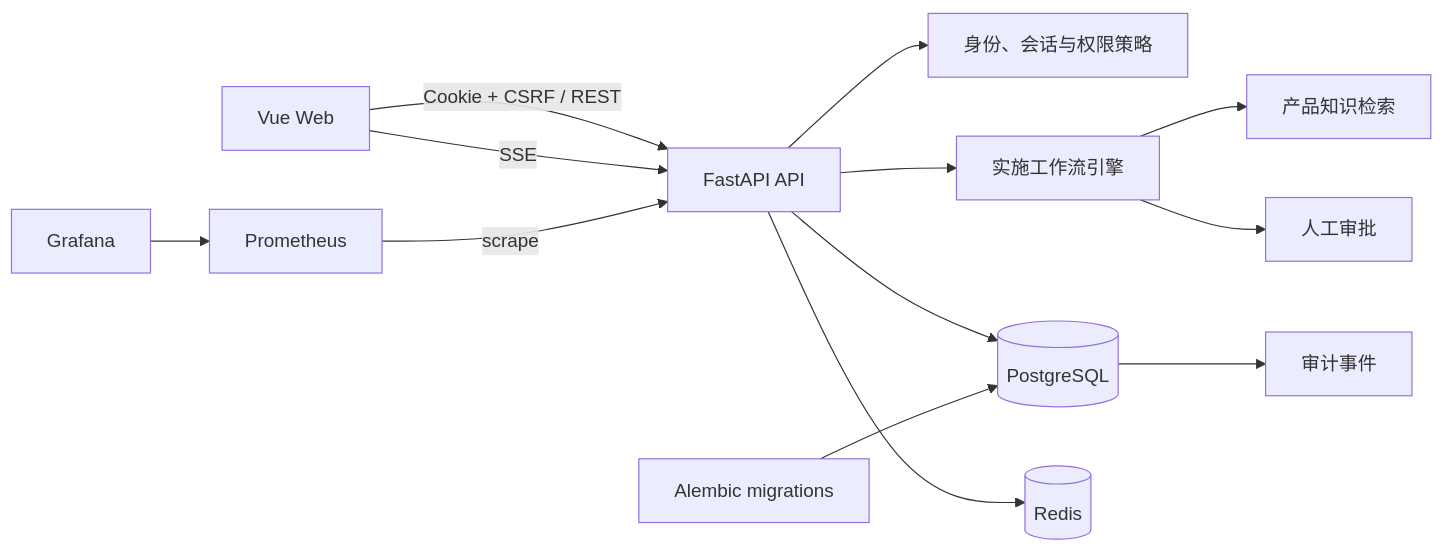
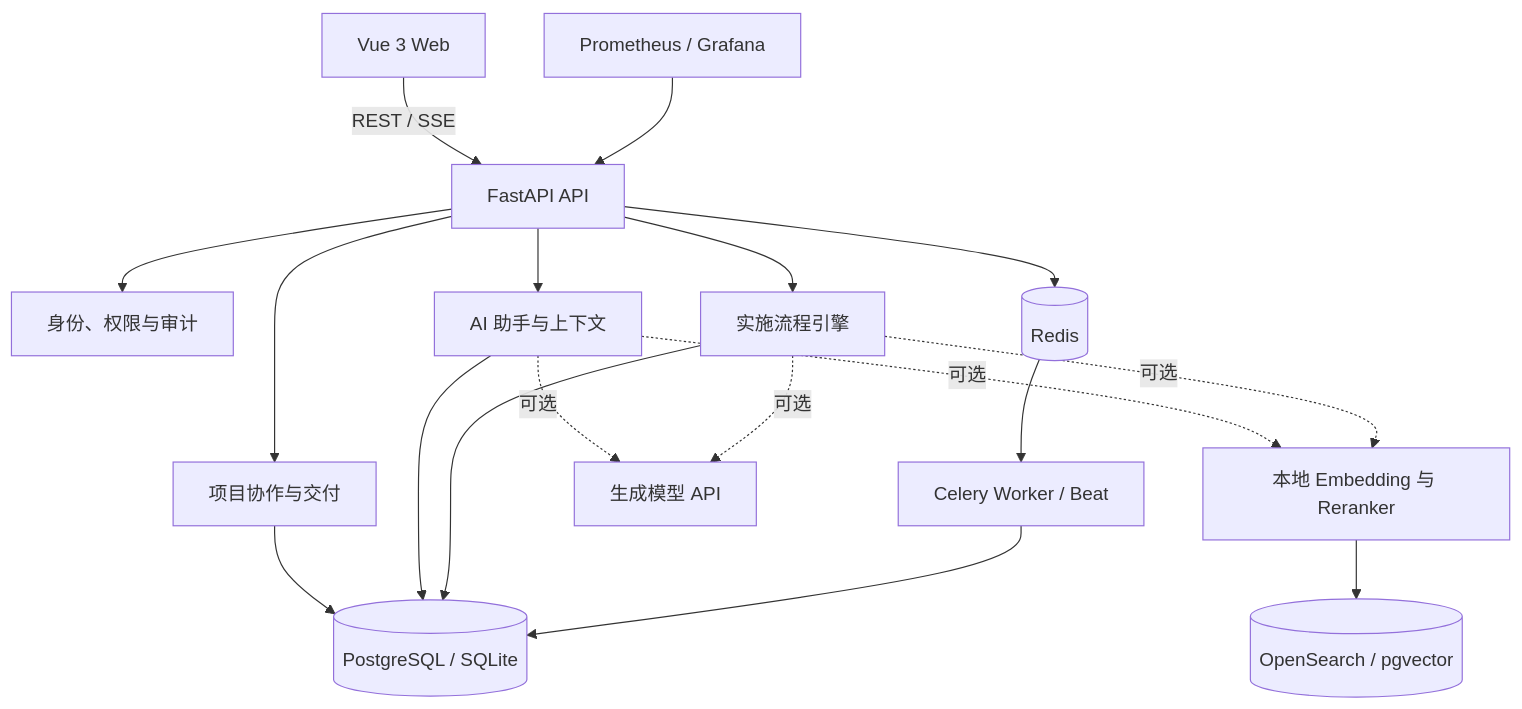
One commit to fancyncc/SaaS-Delivery-Hub changed the second of 2 diagrams in README.md. Above: the diagram before and after it, drawn with Mermaid. The commit also changed other lines of this file and 15 other files, not shown here.

````diff
--- a/README.md
+++ b/README.md
@@ -62,15 +102,24 @@
 ```mermaid
-flowchart LR
-    Browser["Vue Web"] -->|"Cookie + CSRF / REST"| API["FastAPI API"]
-    Browser -->|SSE| API
-    API --> Auth["身份、会话与权限策略"]
-    API --> Workflow["实施工作流引擎"]
-    Workflow --> Knowledge["产品知识检索"]
-    Workflow --> Approval["人工审批"]
-    API --> Database[(PostgreSQL)]
+flowchart TB
+    Web[Vue 3 Web] -->|REST / SSE| API[FastAPI API]
+    API --> Auth[身份、权限与审计]
+    API --> Project[项目协作与交付]
+    API --> Chat[AI 助手与上下文]
+    API --> Workflow[实施流程引擎]
+
+    Project --> DB[(PostgreSQL / SQLite)]
+    Chat --> DB
+    Workflow --> DB
+
     API --> Redis[(Redis)]
-    Database --> Audit["审计事件"]
-    Alembic["Alembic migrations"] --> Database
-    Prometheus["Prometheus"] -->|scrape| API
-    Grafana["Grafana"] --> Prometheus
+    Redis --> Worker[Celery Worker / Beat]
+    Worker --> DB
+
+    Chat -. 可选 .-> Retrieval[本地 Embedding 与 Reranker]
+    Workflow -. 可选 .-> Retrieval
+    Retrieval --> Search[(OpenSearch / pgvector)]
+    Chat -. 可选 .-> Model[生成模型 API]
+    Workflow -. 可选 .-> Model
+
+    Metrics[Prometheus / Grafana] --> API
 ```
````
